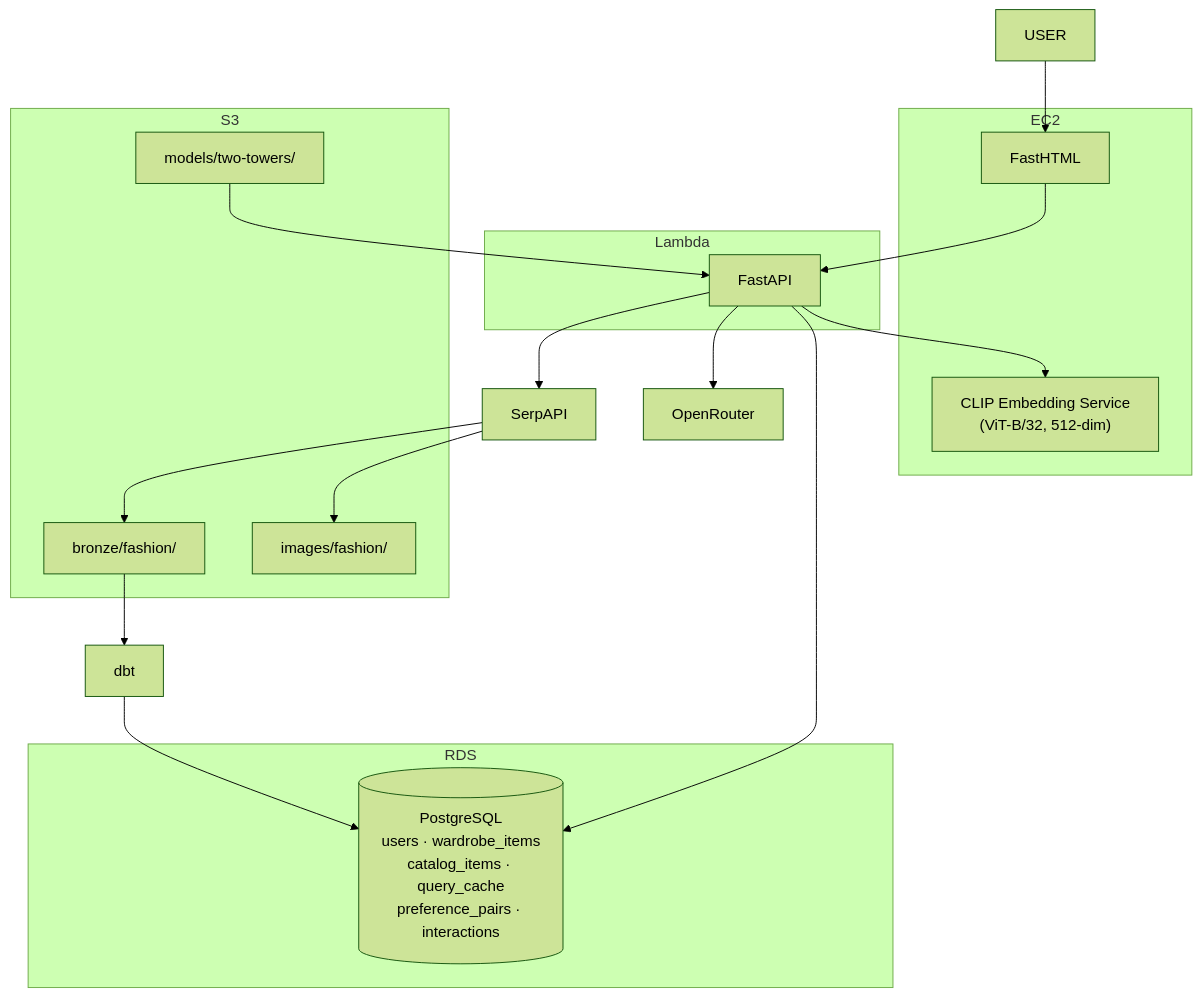
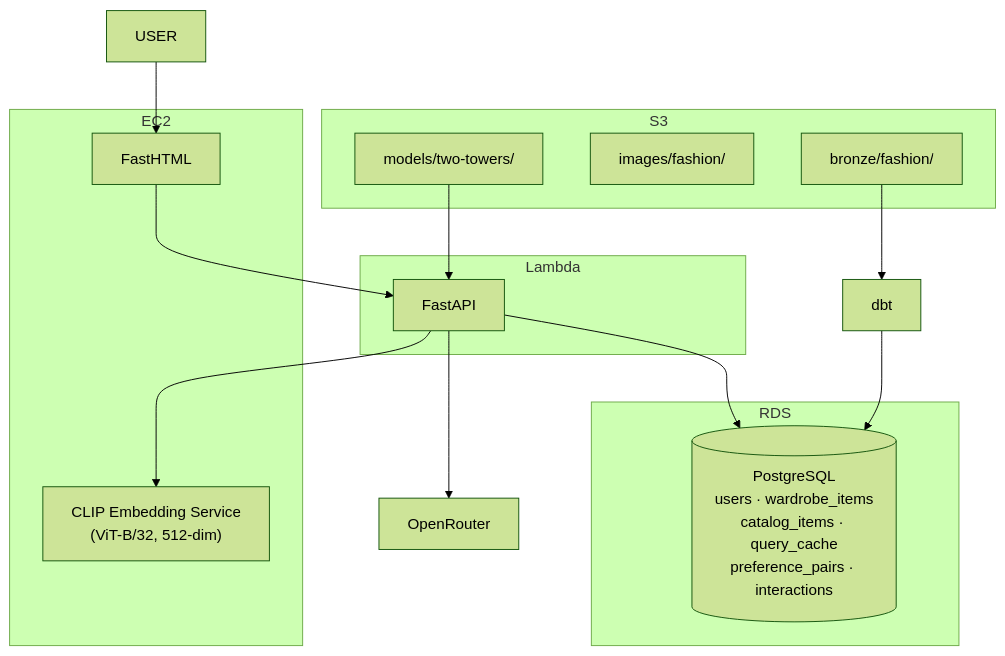
One commit to joongsim/fitted changed the diagram in plan.md. Above: the diagram before and after it, drawn with Mermaid (forest theme). The commit also changed other lines of this file and 7 other files, not shown here.

````diff
--- a/plan.md
+++ b/plan.md
@@ -43,32 +41,29 @@
 ```mermaid
 graph TD
     subgraph EC2
         FRONT[FastHTML]
         EMBS["CLIP Embedding Service\n(ViT-B/32, 512-dim)"]
     end
 
     subgraph Lambda
         API[FastAPI]
     end
 
     subgraph RDS
         PG[("PostgreSQL\nusers · wardrobe_items\ncatalog_items · query_cache\npreference_pairs · interactions")]
     end
 
     subgraph S3
         BRONZE["bronze/fashion/"]
         IMAGES["images/fashion/"]
         MODELS["models/two-towers/"]
     end
 
     USER --> FRONT
     FRONT --> API
     API --> EMBS
     API --> PG
     API --> LLM[OpenRouter]
-    API --> SERP[SerpAPI]
-    SERP --> IMAGES
-    SERP --> BRONZE
     BRONZE --> DBT[dbt] --> PG
     MODELS --> API
 ```
````
